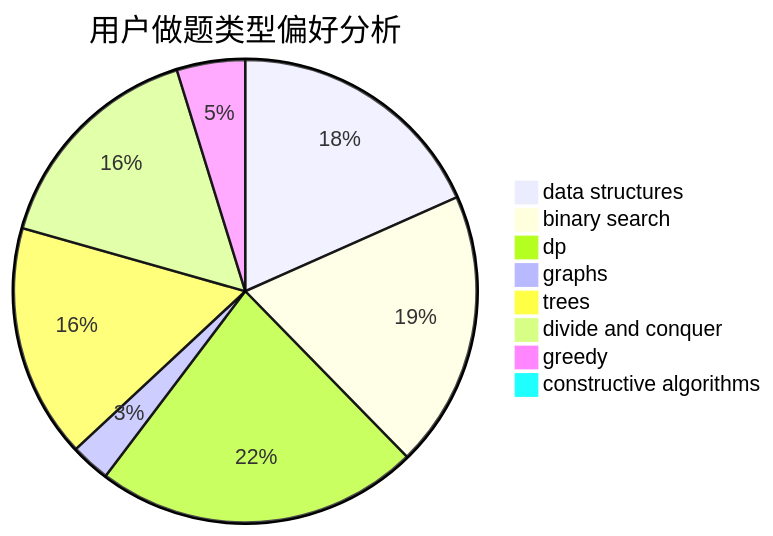
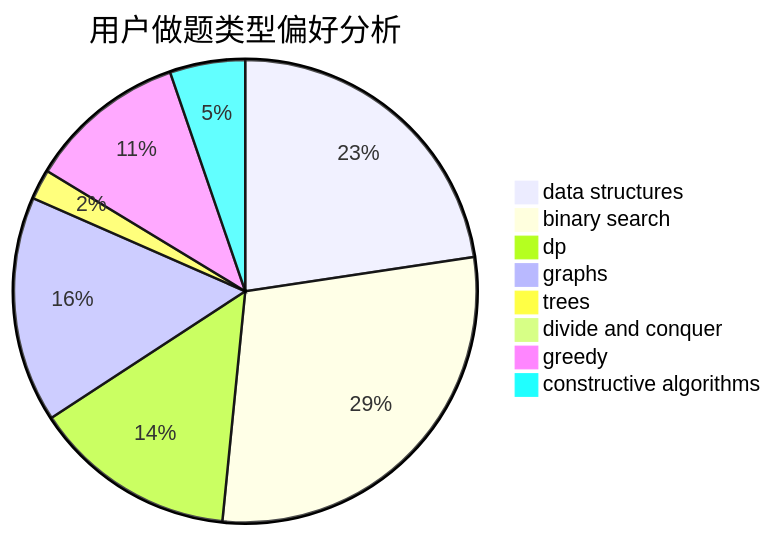
The second of 3 diagrams in docs/user/u116.md (sherpahu/cfrs.github.io), drawn with Mermaid before and after one commit. The commit also changed other lines of this file and 2770 other files, not shown here.

````diff
--- a/docs/user/u116.md
+++ b/docs/user/u116.md
@@ -23,11 +23,11 @@
 ```mermaid
 pie title 用户做题类型偏好分析
-    "data structures" :  73
-    "binary search" :  77
-    "dp" :  90
-    "graphs" :  11
-    "trees" :  65
-    "divide and conquer" :  63
-    "greedy" :  19
-    "constructive algorithms" :  4
+    "data structures" :  43
+    "binary search" :  55
+    "dp" :  27
+    "graphs" :  30
+    "trees" :  4
+    "divide and conquer" :  0
+    "greedy" :  21
+    "constructive algorithms" :  10
 ```
````
